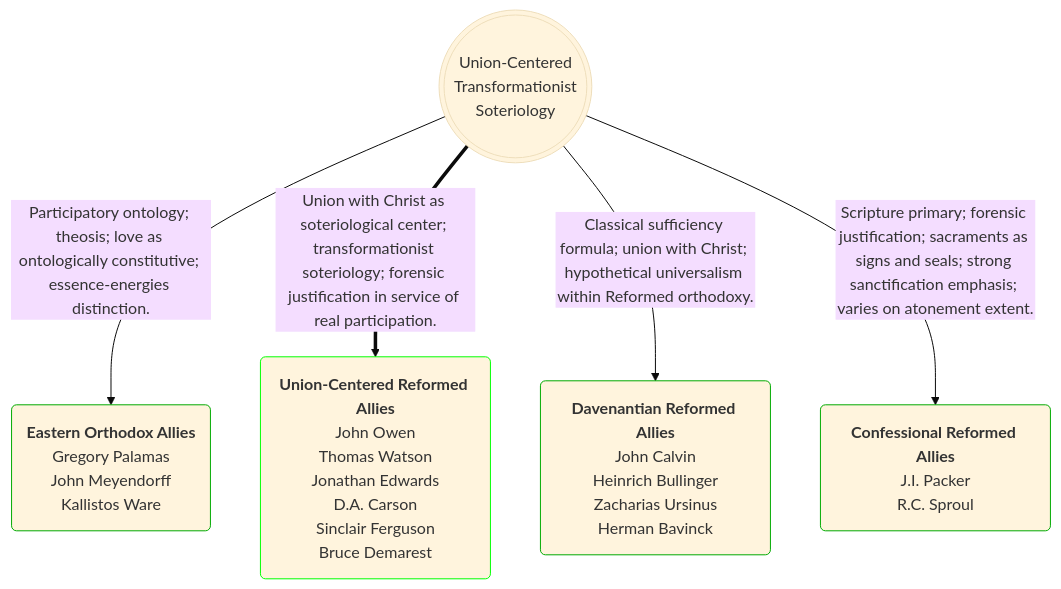
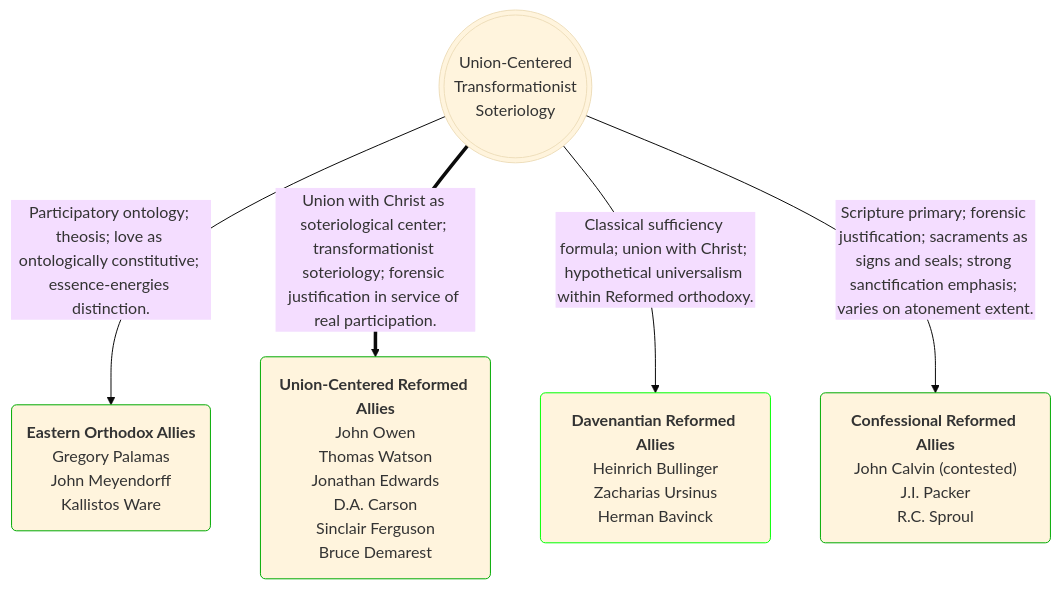
The second of 2 diagrams in _posts/2026-03-27-confessional-transformationist-anglo-catholic.markdown (OrdoLuminis/ordoluminis.github.io), drawn with Mermaid (base theme) before and after one commit. The commit also changed other lines of this file, not shown here.

````diff
--- a/_posts/2026-03-27-confessional-transformationist-anglo-catholic.markdown
+++ b/_posts/2026-03-27-confessional-transformationist-anglo-catholic.markdown
@@ -57,11 +57,11 @@
 ```mermaid
 flowchart TD
     A(((Union-Centered<br>Transformationist<br>Soteriology)))
     A -->|Participatory ontology; theosis; love as ontologically constitutive; essence-energies distinction.| B(<strong>Eastern Orthodox Allies</strong><br>Gregory Palamas<br>John Meyendorff<br>Kallistos Ware):::muted
-    A ==>|Union with Christ as soteriological center; transformationist soteriology; forensic justification in service of real participation.| D(<strong>Union-Centered Reformed Allies</strong><br>John Owen<br>Thomas Watson<br>Jonathan Edwards<br>D.A. Carson<br>Sinclair Ferguson<br>Bruce Demarest):::green
-    A -->|Classical sufficiency formula; union with Christ; hypothetical universalism within Reformed orthodoxy.| F(<strong>Davenantian Reformed Allies</strong><br>John Calvin<br>Heinrich Bullinger<br>Zacharias Ursinus<br>Herman Bavinck):::lightgreen
-    A -->|Scripture primary; forensic justification; sacraments as signs and seals; strong sanctification emphasis; varies on atonement extent.| C(<strong>Confessional Reformed Allies</strong><br>J.I. Packer<br>R.C. Sproul):::muted
+    A ==>|Union with Christ as soteriological center; transformationist soteriology; forensic justification in service of real participation.| D(<strong>Union-Centered Reformed Allies</strong><br>John Owen<br>Thomas Watson<br>Jonathan Edwards<br>D.A. Carson<br>Sinclair Ferguson<br>Bruce Demarest):::lightgreen
+    A -->|Classical sufficiency formula; union with Christ; hypothetical universalism within Reformed orthodoxy.| F(<strong>Davenantian Reformed Allies</strong><br>Heinrich Bullinger<br>Zacharias Ursinus<br>Herman Bavinck):::green
+    A -->|Scripture primary; forensic justification; sacraments as signs and seals; strong sanctification emphasis; varies on atonement extent.| C(<strong>Confessional Reformed Allies</strong><br>John Calvin &lpar;contested&rpar;<br>J.I. Packer<br>R.C. Sproul):::muted
     classDef green stroke:#0f0
     classDef lightgreen stroke:#0a0
     classDef muted stroke:#0a0
 ```
````
